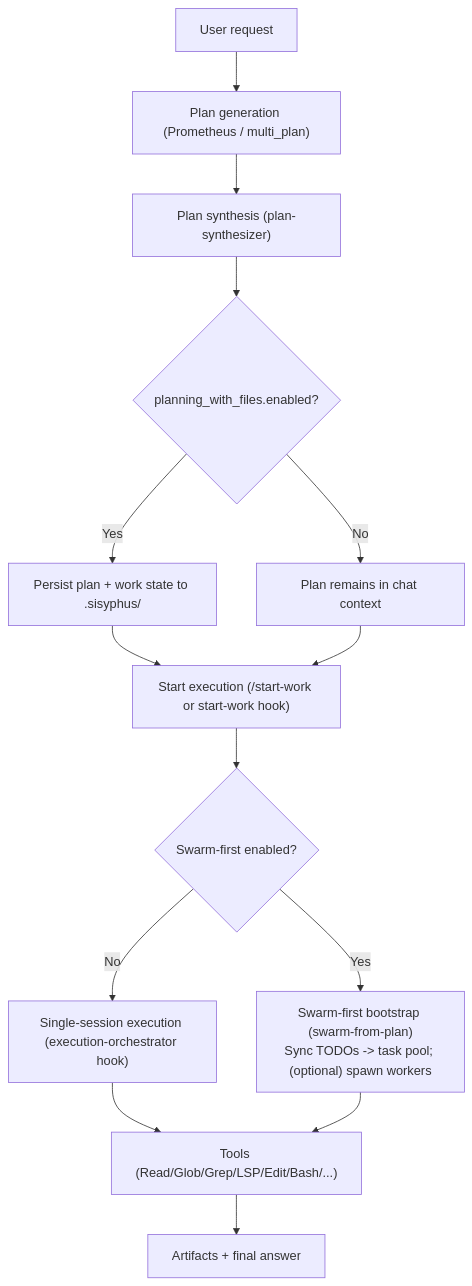
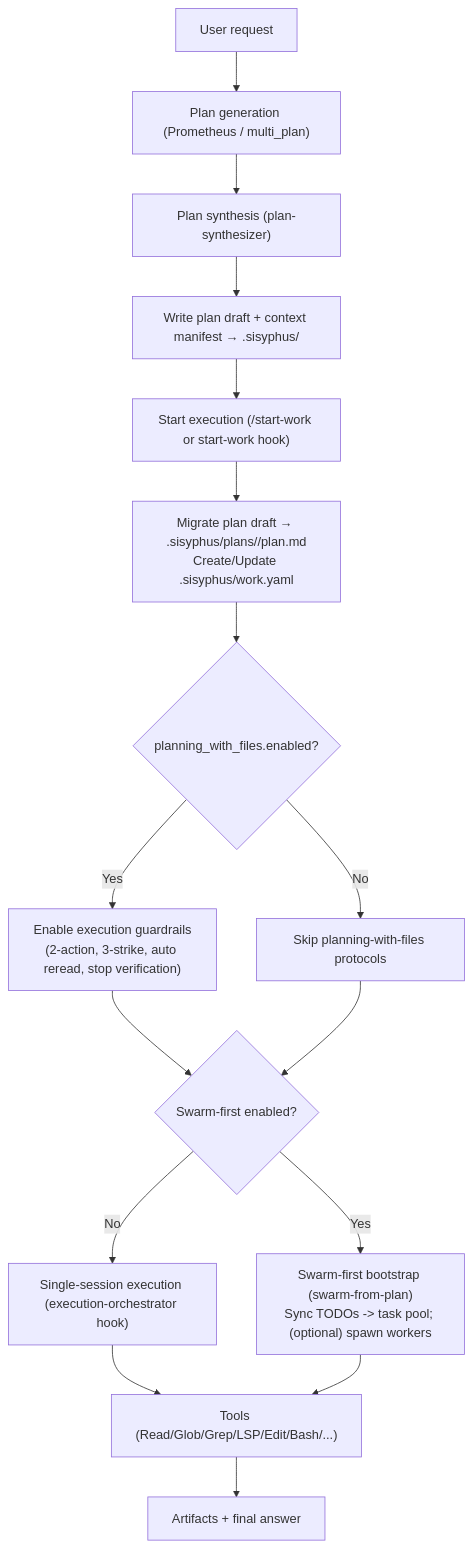
Before and after one commit to arcthur/oh-my-opencode: the diagram in docs/journeys/planning-to-execution.md, drawn with Mermaid. The commit also changed other lines of this file and 49 other files, not shown here.

First line of the commit message:
refactor(planning): align docs/contracts with execution SSOT

````diff
--- a/docs/journeys/planning-to-execution.md
+++ b/docs/journeys/planning-to-execution.md
@@ -10,20 +10,22 @@
 ```mermaid
 flowchart TD
   U["User request"] --> PG["Plan generation (Prometheus / multi_plan)"]
   PG --> PS["Plan synthesis (plan-synthesizer)"]
 
-  PS --> PWF{"planning_with_files.enabled?"}
-  PWF -->|Yes| FS["Persist plan + work state to .sisyphus/"]
-  PWF -->|No| CH["Plan remains in chat context"]
+  PS --> ART["Write plan draft + context manifest → .sisyphus/"]
+  ART --> SW["Start execution (/start-work or start-work hook)"]
+  SW --> MIG["Migrate plan draft → .sisyphus/plans/<planId>/plan.md\nCreate/Update .sisyphus/work.yaml"]
 
-  FS --> SW["Start execution (/start-work or start-work hook)"]
-  CH --> SW
+  MIG --> PWF{"planning_with_files.enabled?"}
+  PWF -->|Yes| PWFY["Enable execution guardrails\n(2-action, 3-strike, auto reread, stop verification)"]
+  PWF -->|No| PWFN["Skip planning-with-files protocols"]
 
-  SW --> MODE{"Swarm-first enabled?"}
+  PWFY --> MODE{"Swarm-first enabled?"}
+  PWFN --> MODE
   MODE -->|No| AT["Single-session execution (execution-orchestrator hook)"]
   MODE -->|Yes| SF["Swarm-first bootstrap (swarm-from-plan)\nSync TODOs -> task pool; (optional) spawn workers"]
 
   AT --> TOOL["Tools (Read/Glob/Grep/LSP/Edit/Bash/...)"]
   SF --> TOOL
   TOOL --> OUT["Artifacts + final answer"]
 ```
````
